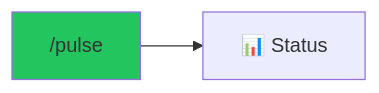
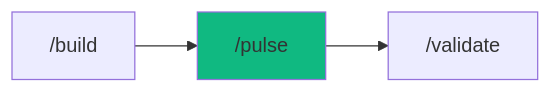
Before and after one commit to pikakit/agent-skills: the diagram in .agent/workflows/pulse.md, drawn with Mermaid. The commit also changed other lines of this file and 272 other files, not shown here.

````diff
--- a/.agent/workflows/pulse.md
+++ b/.agent/workflows/pulse.md
@@ -193,5 +192,6 @@
 ```mermaid
 graph LR
-    A["/pulse"] --> B["📊 Status"]
-    style A fill:#22c55e
+    A["/build"] --> B["/pulse"]
+    B --> C["/validate"]
+    style B fill:#10b981
 ```
````
